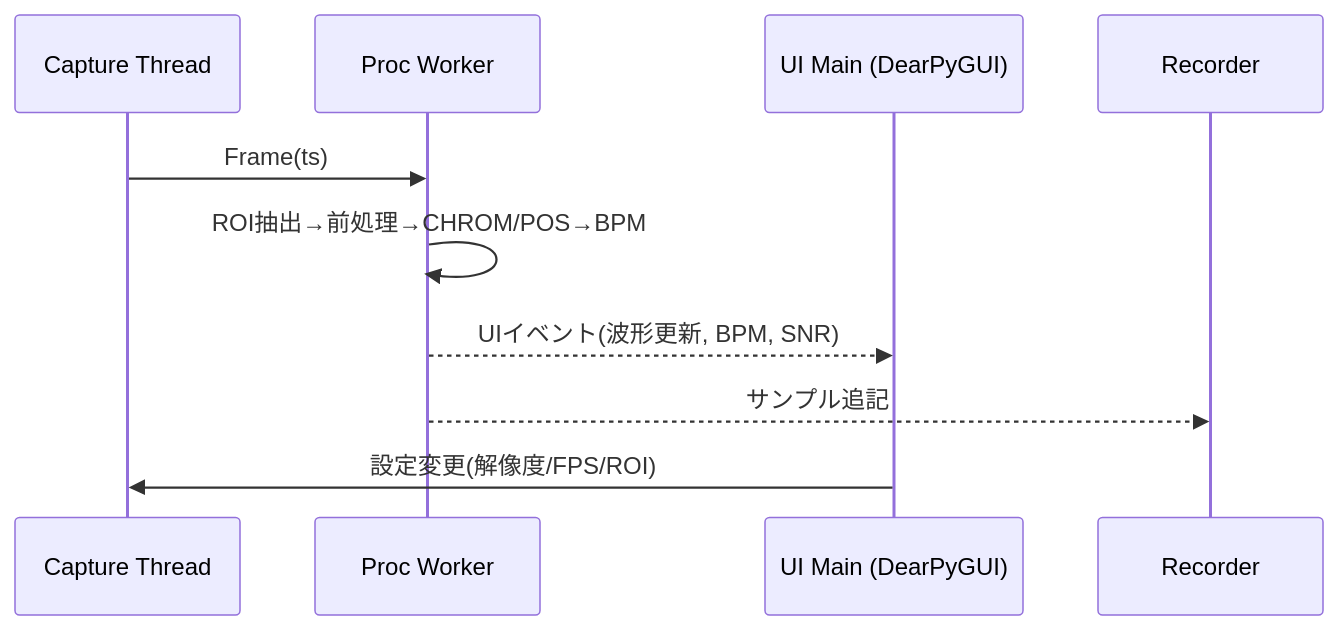
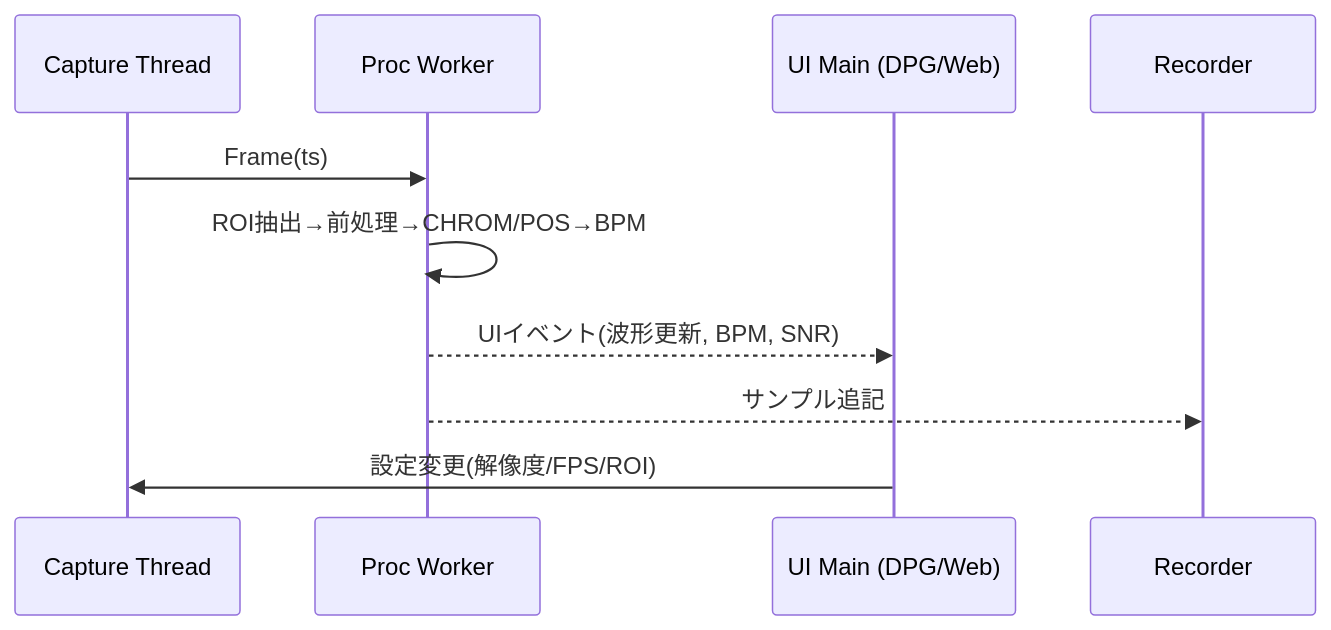
Before and after one commit to kotaroPurple/rPPG_demo: the second of 3 diagrams in docs/03_design.md, drawn with Mermaid. The commit also changed other lines of this file, not shown here.

Commit message:
docs(design): revise architecture for future web frontend (WebSocket/HTTP service, multi-frontend) with Mermaid diagrams and API examples

````diff
--- a/docs/03_design.md
+++ b/docs/03_design.md
@@ -30,11 +33,11 @@
 ```mermaid
 sequenceDiagram
   participant Cam as Capture Thread
   participant Proc as Proc Worker
-  participant UI as UI Main (DearPyGUI)
+  participant UI as UI Main (DPG/Web)
   Cam->>Proc: Frame(ts)
   Proc->>Proc: ROI抽出→前処理→CHROM/POS→BPM
   Proc-->>UI: UIイベント(波形更新, BPM, SNR)
   Proc-->>Recorder: サンプル追記
   UI->>Cam: 設定変更(解像度/FPS/ROI)
 ```
````
